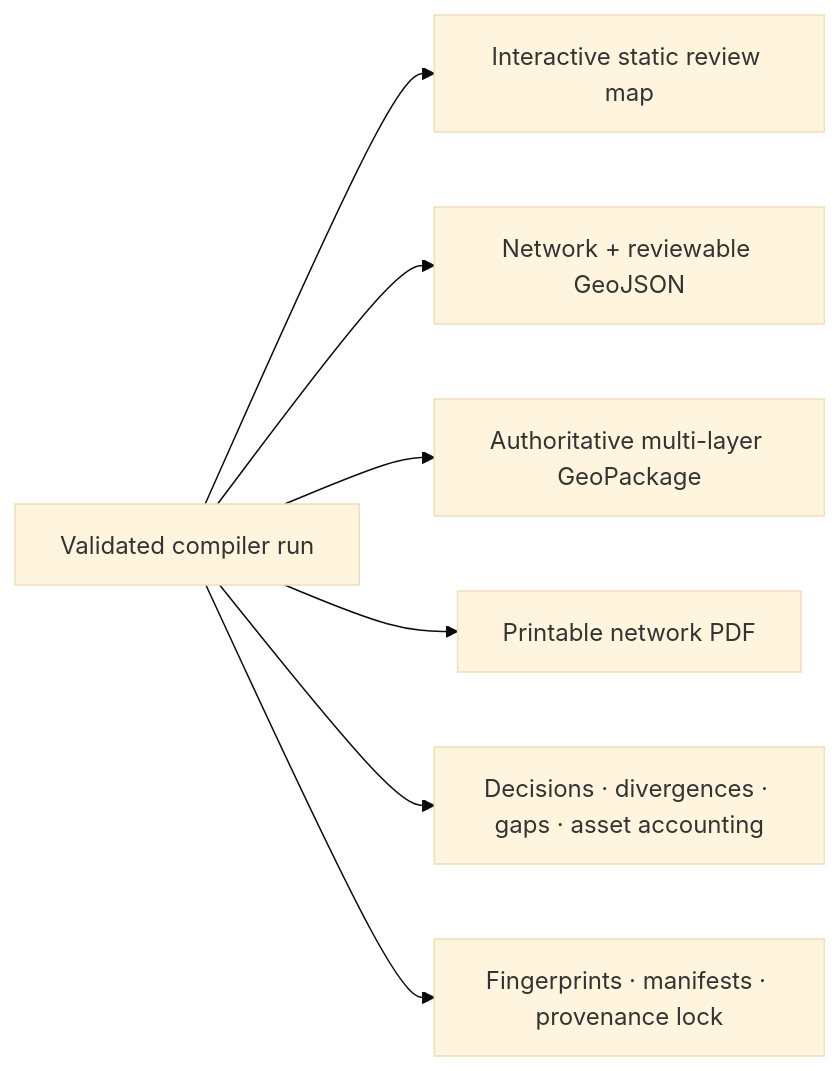
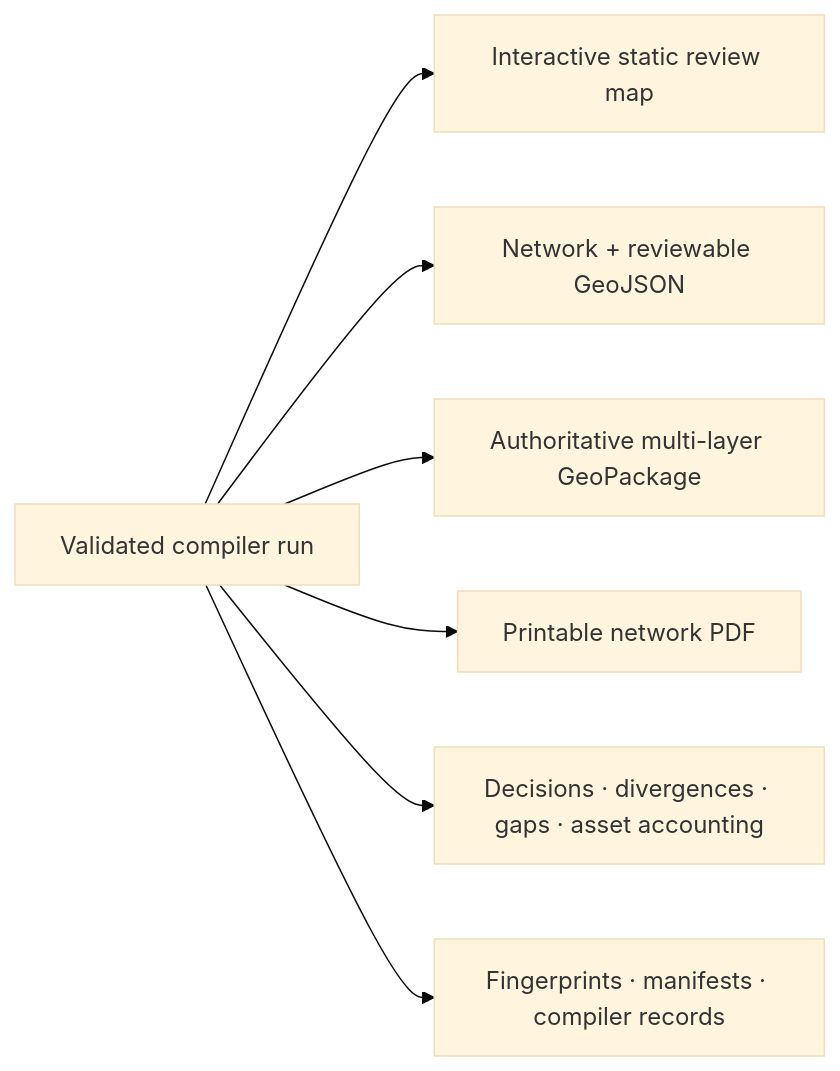
One commit to awjreynolds/agentic-satn-compiler changed the second of 2 diagrams in docs/concepts/feature-tour.md. Above: the diagram before and after it, drawn with Mermaid (base theme). The commit also changed other lines of this file and 55 other files, not shown here.

````diff
--- a/docs/concepts/feature-tour.md
+++ b/docs/concepts/feature-tour.md
@@ -145,9 +145,9 @@
 ```mermaid
 flowchart LR
     run["Validated compiler run"] --> map["Interactive static review map"]
     run --> geojson["Network + reviewable GeoJSON"]
     run --> gpkg["Authoritative multi-layer GeoPackage"]
     run --> pdf["Printable network PDF"]
     run --> audit["Decisions · divergences · gaps · asset accounting"]
-    run --> provenance["Fingerprints · manifests · provenance lock"]
+    run --> provenance["Fingerprints · manifests · compiler records"]
 ```
````
